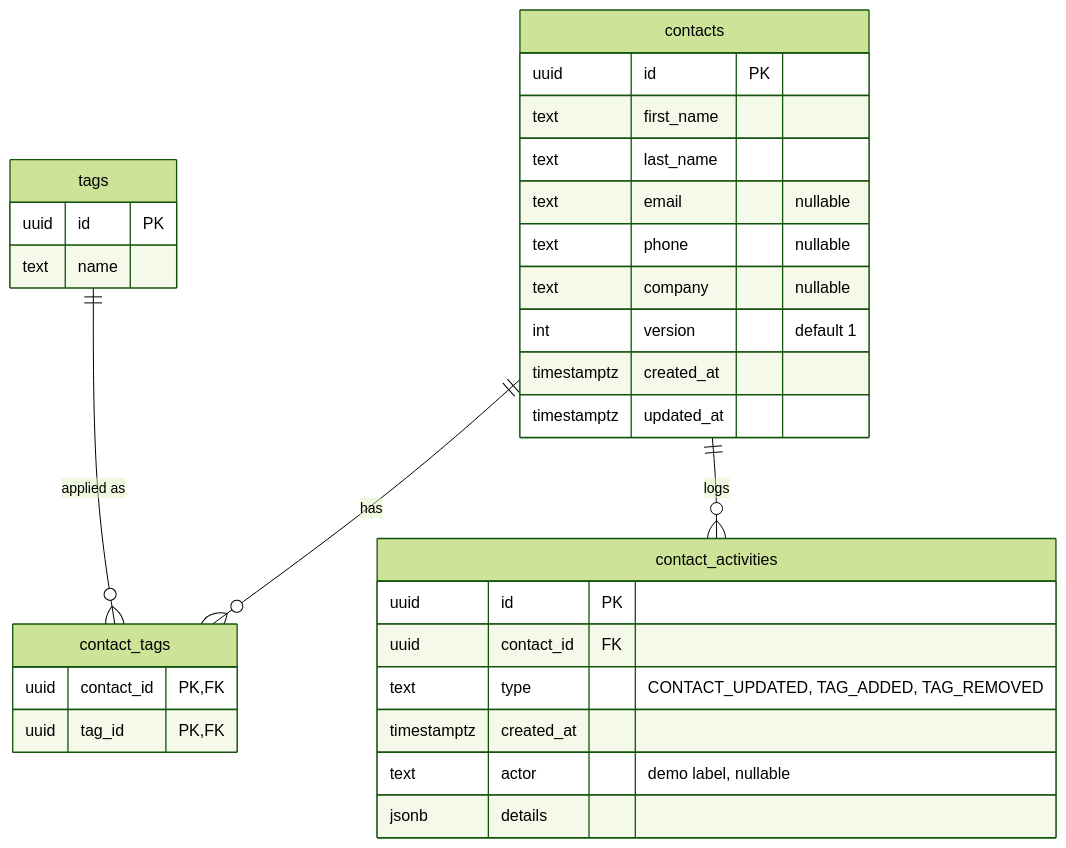
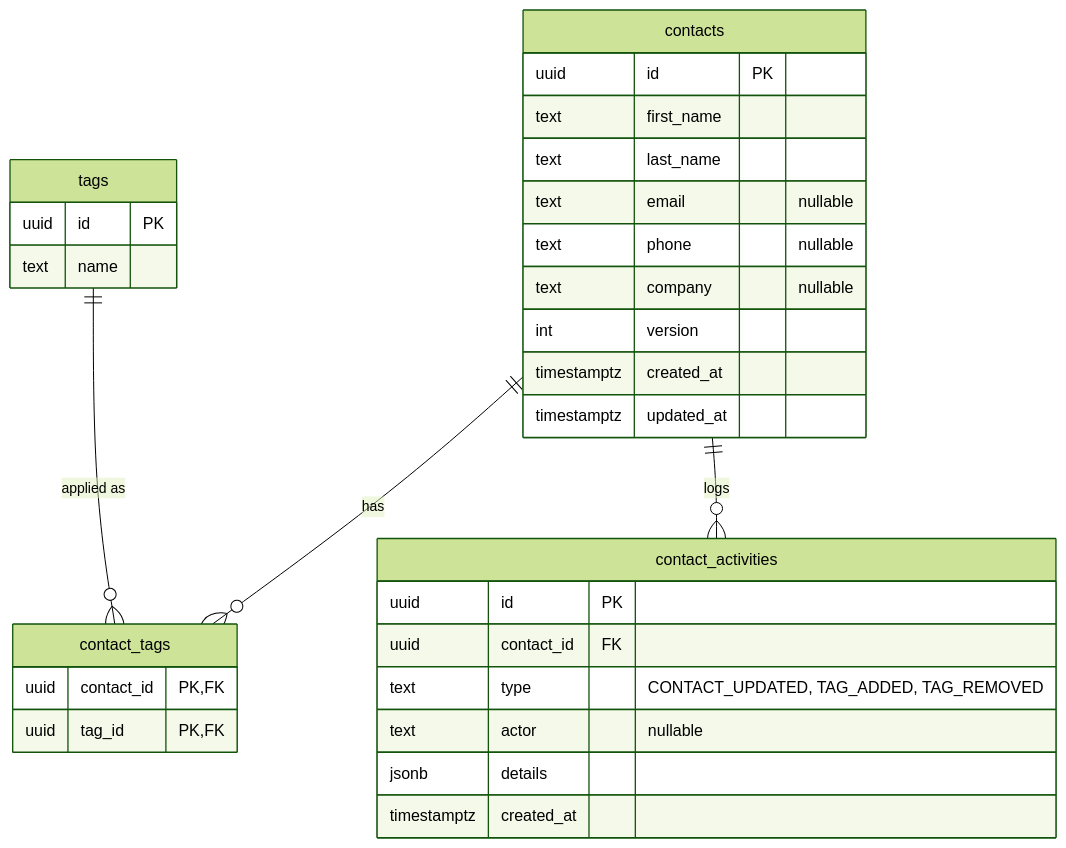
One commit to sngmanish/assign changed the diagram in README.md. Above: the diagram before and after it, drawn with Mermaid (forest theme). The commit also changed other lines of this file and 2 other files, not shown here.

````diff
--- a/README.md
+++ b/README.md
@@ -374,33 +88,33 @@
 ```mermaid
 erDiagram
   contacts ||--o{ contact_tags : has
   tags ||--o{ contact_tags : "applied as"
   contacts ||--o{ contact_activities : logs
   contacts {
     uuid id PK
     text first_name
     text last_name
     text email "nullable"
     text phone "nullable"
     text company "nullable"
-    int version "default 1"
+    int version
     timestamptz created_at
     timestamptz updated_at
   }
   tags {
     uuid id PK
     text name
   }
   contact_tags {
     uuid contact_id PK,FK
     uuid tag_id PK,FK
   }
   contact_activities {
     uuid id PK
     uuid contact_id FK
     text type "CONTACT_UPDATED, TAG_ADDED, TAG_REMOVED"
+    text actor "nullable"
+    jsonb details
     timestamptz created_at
-    text actor "demo label, nullable"
-    jsonb details
   }
 ```
````
